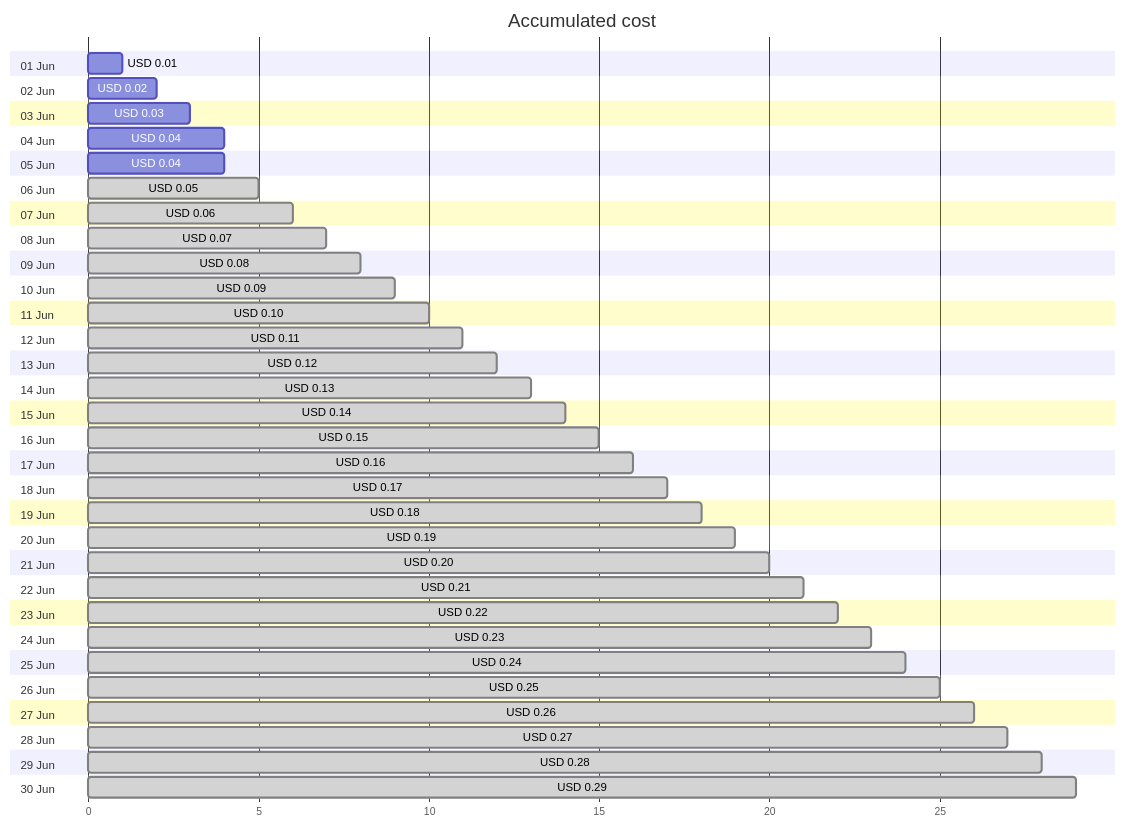
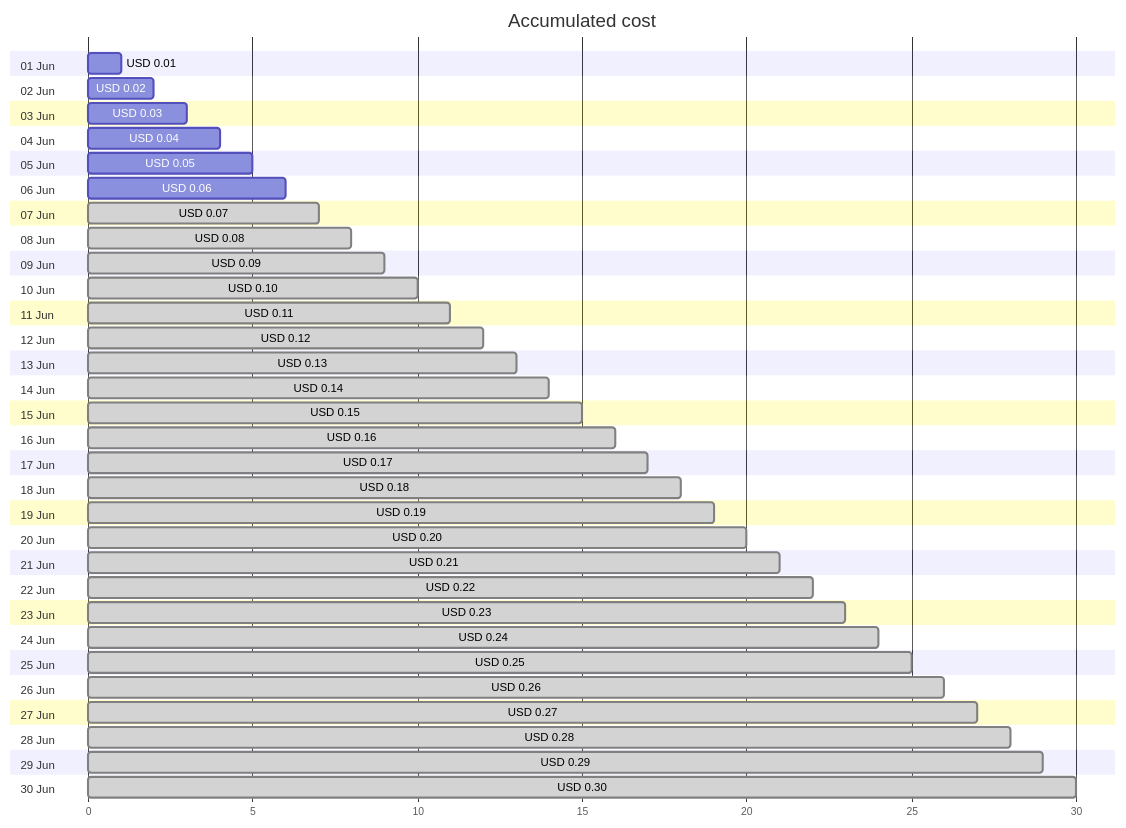
One commit to jpfulton/azure-personal-reports changed the first of 4 diagrams in cost-reports/cloud-shell-storage-eastus/README.md. Above: the diagram before and after it, drawn with Mermaid. The commit also changed other lines of this file and 1 other file, not shown here.

````diff
--- a/cost-reports/cloud-shell-storage-eastus/README.md
+++ b/cost-reports/cloud-shell-storage-eastus/README.md
@@ -20,66 +20,66 @@
 ```mermaid
 gantt
    title Accumulated cost
    dateFormat  X
    axisFormat %s
    section 01 Jun
    USD 0.01 :0, 1
    section 02 Jun
    USD 0.02 :0, 2
    section 03 Jun
    USD 0.03 :0, 3
    section 04 Jun
    USD 0.04 :0, 4
    section 05 Jun
-   USD 0.04 :0, 4
+   USD 0.05 :0, 5
    section 06 Jun
-   USD 0.05 : done, 0, 5
+   USD 0.06 :0, 6
    section 07 Jun
-   USD 0.06 : done, 0, 6
+   USD 0.07 : done, 0, 7
    section 08 Jun
-   USD 0.07 : done, 0, 7
+   USD 0.08 : done, 0, 8
    section 09 Jun
-   USD 0.08 : done, 0, 8
+   USD 0.09 : done, 0, 9
    section 10 Jun
-   USD 0.09 : done, 0, 9
+   USD 0.10 : done, 0, 10
    section 11 Jun
-   USD 0.10 : done, 0, 10
+   USD 0.11 : done, 0, 11
    section 12 Jun
-   USD 0.11 : done, 0, 11
+   USD 0.12 : done, 0, 12
    section 13 Jun
-   USD 0.12 : done, 0, 12
+   USD 0.13 : done, 0, 13
    section 14 Jun
-   USD 0.13 : done, 0, 13
+   USD 0.14 : done, 0, 14
    section 15 Jun
-   USD 0.14 : done, 0, 14
+   USD 0.15 : done, 0, 15
    section 16 Jun
-   USD 0.15 : done, 0, 15
+   USD 0.16 : done, 0, 16
    section 17 Jun
-   USD 0.16 : done, 0, 16
+   USD 0.17 : done, 0, 17
    section 18 Jun
-   USD 0.17 : done, 0, 17
+   USD 0.18 : done, 0, 18
    section 19 Jun
-   USD 0.18 : done, 0, 18
+   USD 0.19 : done, 0, 19
    section 20 Jun
-   USD 0.19 : done, 0, 19
+   USD 0.20 : done, 0, 20
    section 21 Jun
-   USD 0.20 : done, 0, 20
+   USD 0.21 : done, 0, 21
    section 22 Jun
-   USD 0.21 : done, 0, 21
+   USD 0.22 : done, 0, 22
    section 23 Jun
-   USD 0.22 : done, 0, 22
+   USD 0.23 : done, 0, 23
    section 24 Jun
-   USD 0.23 : done, 0, 23
+   USD 0.24 : done, 0, 24
    section 25 Jun
-   USD 0.24 : done, 0, 24
+   USD 0.25 : done, 0, 25
    section 26 Jun
-   USD 0.25 : done, 0, 25
+   USD 0.26 : done, 0, 26
    section 27 Jun
-   USD 0.26 : done, 0, 26
+   USD 0.27 : done, 0, 27
    section 28 Jun
-   USD 0.27 : done, 0, 27
+   USD 0.28 : done, 0, 28
    section 29 Jun
-   USD 0.28 : done, 0, 28
+   USD 0.29 : done, 0, 29
    section 30 Jun
-   USD 0.29 : done, 0, 29
+   USD 0.30 : done, 0, 30
 ```
````
